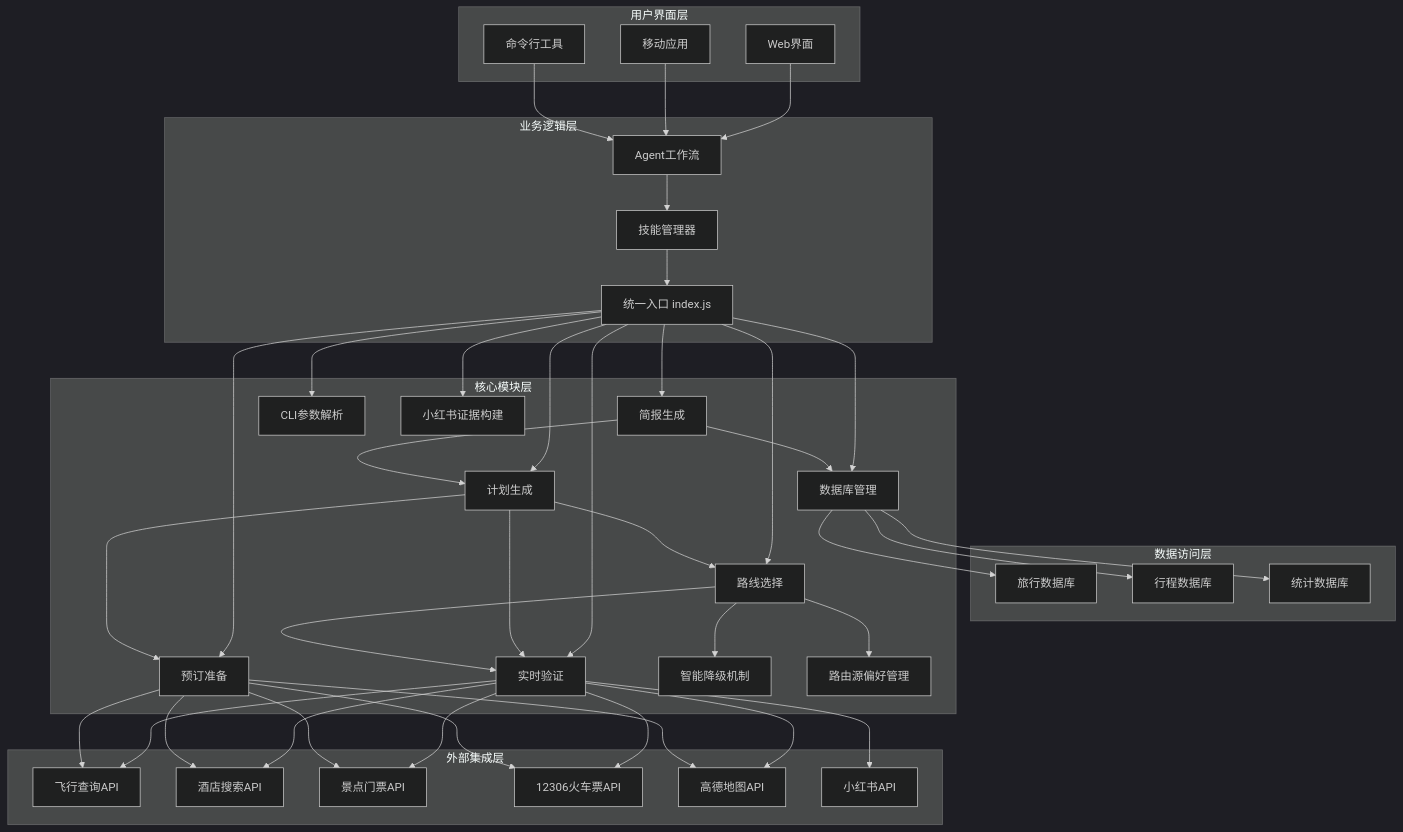
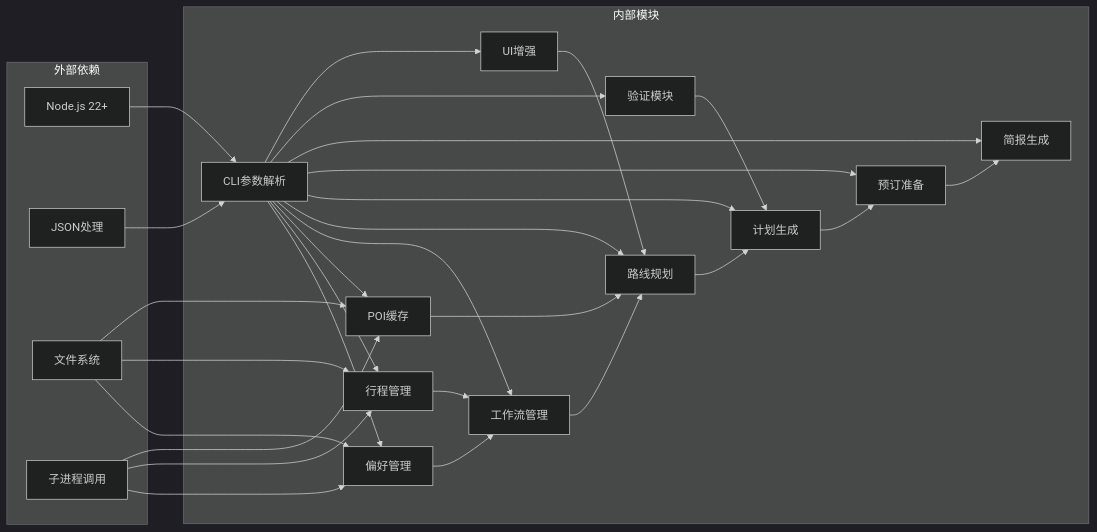
The sixth of 28 diagrams in .qoder/repowiki/zh/content/技能平台/内置技能/旅行规划技能系统.md (verse-ai-org/openclaw), drawn with Mermaid (dark theme) before and after one commit. The commit also changed other lines of this file and 22 other files, not shown here.

````diff
--- a/.qoder/repowiki/zh/content/技能平台/内置技能/旅行规划技能系统.md
+++ b/.qoder/repowiki/zh/content/技能平台/内置技能/旅行规划技能系统.md
@@ -239,73 +294,49 @@
 ```mermaid
-graph TB
-subgraph "用户界面层"
-A[Web界面]
-B[移动应用]
-C[命令行工具]
+graph LR
+subgraph "外部依赖"
+A[Node.js 22+]
+B[JSON处理]
+C[文件系统]
+D[子进程调用]
 end
-subgraph "业务逻辑层"
-D[Agent工作流]
-E[技能管理器]
-F[统一入口 index.js]
+subgraph "内部模块"
+E[CLI参数解析]
+F[偏好管理]
+G[行程管理]
+H[POI缓存]
+I[工作流管理]
+J[路线规划]
+K[计划生成]
+L[预订准备]
+M[简报生成]
+N[验证模块]
+O[UI增强]
 end
-subgraph "数据访问层"
-G[旅行数据库]
-H[行程数据库]
-I[统计数据库]
-end
-subgraph "外部集成层"
-J[飞行查询API]
-K[酒店搜索API]
-L[景点门票API]
-M[12306火车票API]
-N[高德地图API]
-O[小红书API]
-end
-subgraph "核心模块层"
-P[数据库管理]
-Q[计划生成]
-R[路线选择]
-S[实时验证]
-T[预订准备]
-U[简报生成]
-V[CLI参数解析]
-W[小红书证据构建]
-X[智能降级机制]
-Y[路由源偏好管理]
-end
-A --> D
-B --> D
-C --> D
-D --> E
+A --> E
+B --> E
+C --> F
+D --> F
+C --> G
+D --> G
+C --> H
+D --> H
 E --> F
-F --> P
-F --> Q
-F --> R
-F --> S
-F --> T
-F --> U
-F --> V
-F --> W
-R --> X
-R --> Y
-P --> G
-P --> H
-P --> I
-Q --> R
-Q --> S
-Q --> T
-R --> S
-S --> J
-S --> K
-S --> L
-S --> M
-S --> N
-S --> O
-T --> J
-T --> K
-T --> L
-T --> M
-T --> N
-U --> P
-U --> Q
+E --> G
+E --> H
+E --> I
+E --> J
+E --> K
+E --> L
+E --> M
+E --> N
+E --> O
+F --> I
+G --> I
+H --> J
+I --> J
+J --> K
+K --> L
+L --> M
+N --> K
+O --> J
 ```
````
